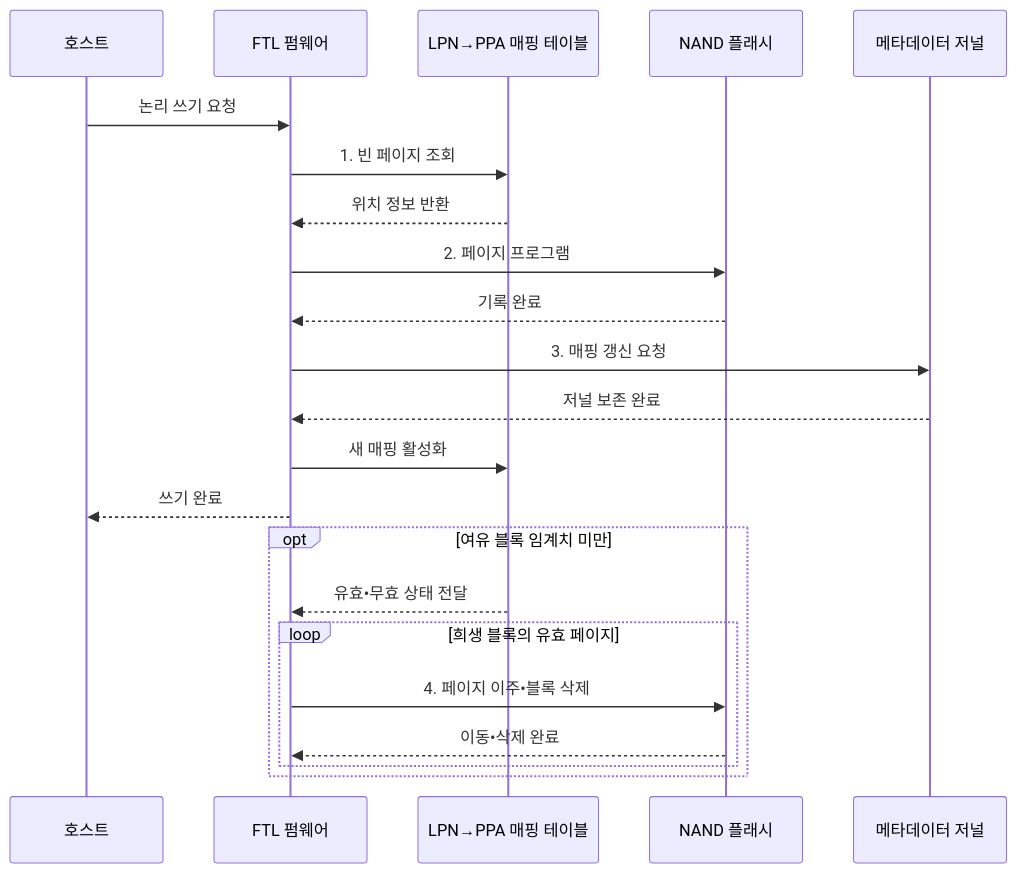
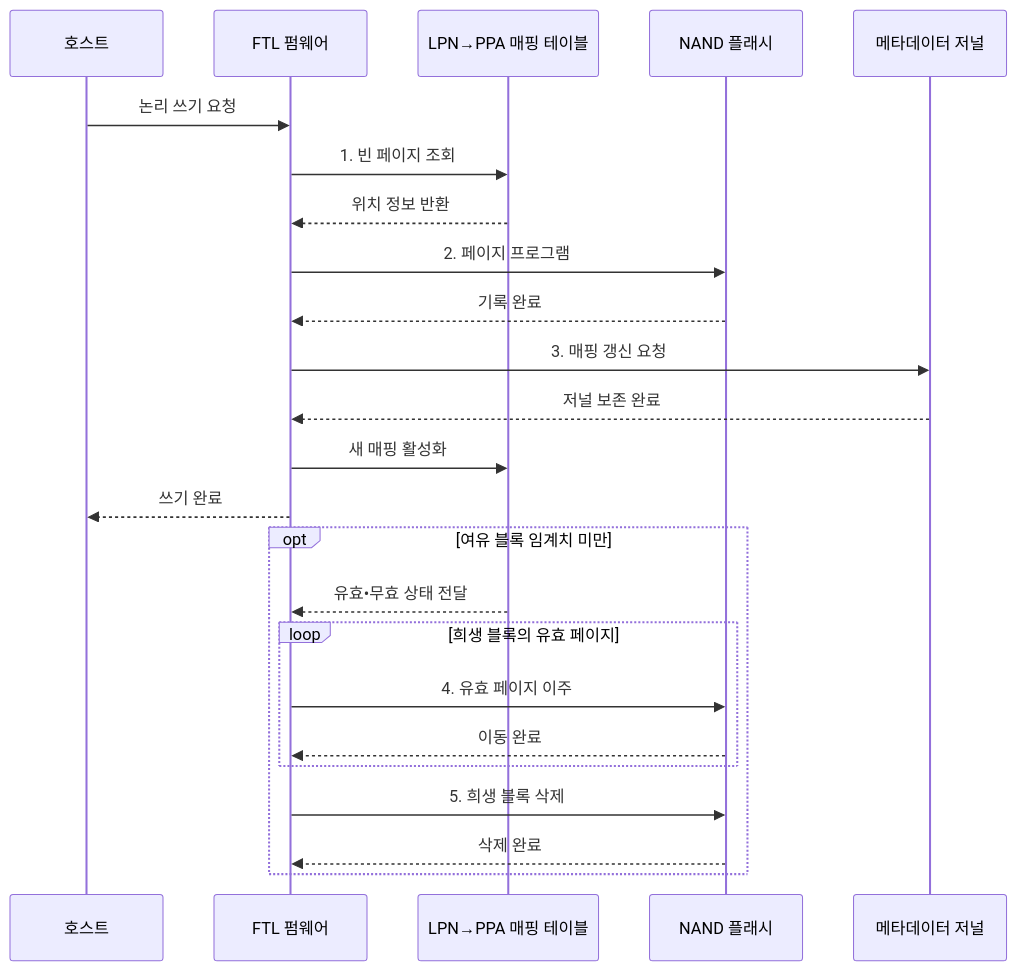
Before and after one commit to agnusdei1207/knowledge-base: the second of 2 diagrams in src/content/docs/notes/02-hardware/030_ssd_ftl.md, drawn with Mermaid. The commit also changed other lines of this file and 9 other files, not shown here.

````diff
--- a/src/content/docs/notes/02-hardware/030_ssd_ftl.md
+++ b/src/content/docs/notes/02-hardware/030_ssd_ftl.md
@@ -109,25 +109,27 @@
 ```mermaid
 sequenceDiagram
     participant H as 호스트
     participant F as FTL 펌웨어
     participant M as LPN→PPA 매핑 테이블
     participant N as NAND 플래시
     participant J as 메타데이터 저널
 
     H->>F: 논리 쓰기 요청
     F->>M: 1. 빈 페이지 조회
     M-->>F: 위치 정보 반환
     F->>N: 2. 페이지 프로그램
     N-->>F: 기록 완료
     F->>J: 3. 매핑 갱신 요청
     J-->>F: 저널 보존 완료
     F->>M: 새 매핑 활성화
     F-->>H: 쓰기 완료
     opt 여유 블록 임계치 미만
         M-->>F: 유효•무효 상태 전달
         loop 희생 블록의 유효 페이지
-            F->>N: 4. 페이지 이주•블록 삭제
-            N-->>F: 이동•삭제 완료
+            F->>N: 4. 유효 페이지 이주
+            N-->>F: 이동 완료
         end
+        F->>N: 5. 희생 블록 삭제
+        N-->>F: 삭제 완료
     end
 ```
````
